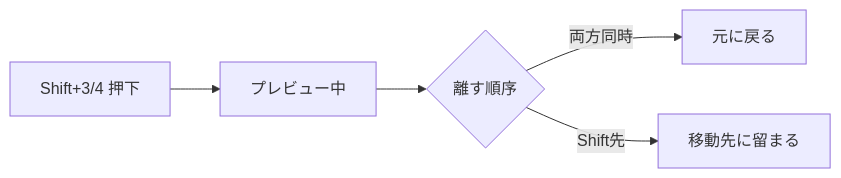
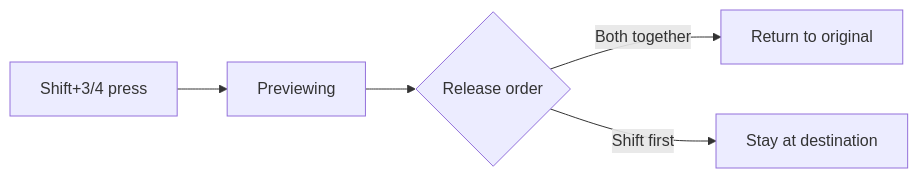
Before and after one commit to Pluglug/graph_monkey: the diagram in README.md, drawn with Mermaid. The commit also changed other lines of this file and 2 other files, not shown here.

````diff
--- a/README.md
+++ b/README.md
@@ -127,7 +105,7 @@
 ```mermaid
 flowchart LR
-    A["Shift+3/4 押下"] --> B["プレビュー中"]
-    B --> C{"離す順序"}
-    C -->|"両方同時"| D["元に戻る"]
-    C -->|"Shift先"| E["移動先に留まる"]
+    A["Shift+3/4 press"] --> B["Previewing"]
+    B --> C{"Release order"}
+    C -->|"Both together"| D["Return to original"]
+    C -->|"Shift first"| E["Stay at destination"]
 ```
````
